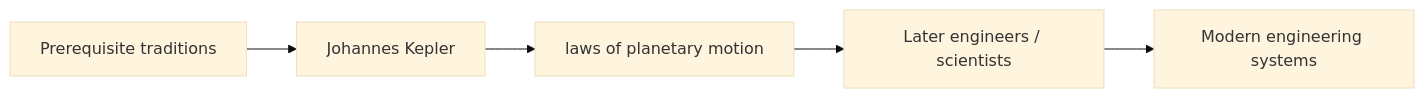
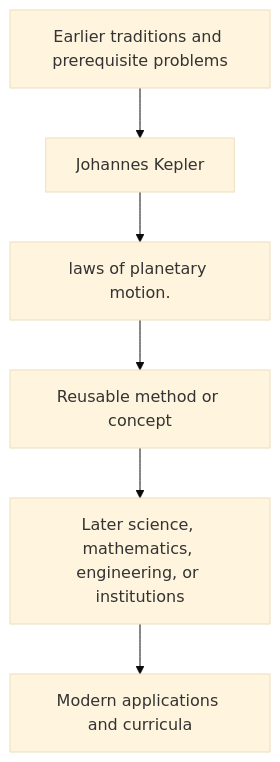
The diagram in docs/history/johannes-kepler/influence.md (via-decide/ViaLogic), drawn with Mermaid (base theme) before and after one commit. The commit also changed other lines of this file and 858 other files, not shown here.

````diff
--- a/docs/history/johannes-kepler/influence.md
+++ b/docs/history/johannes-kepler/influence.md
@@ -29,7 +16,8 @@
 ```mermaid
-graph LR
-  prerequisites["Prerequisite traditions"] --> current["Johannes Kepler"]
-  current --> contribution["laws of planetary motion"]
-  contribution --> successors["Later engineers / scientists"]
-  successors --> modern["Modern engineering systems"]
+graph TD
+  Prior[Earlier traditions and prerequisite problems] --> Person[Johannes Kepler]
+  Person --> Contribution[laws of planetary motion.]
+  Contribution --> Method[Reusable method or concept]
+  Method --> Later[Later science, mathematics, engineering, or institutions]
+  Later --> Modern[Modern applications and curricula]
 ```
````
